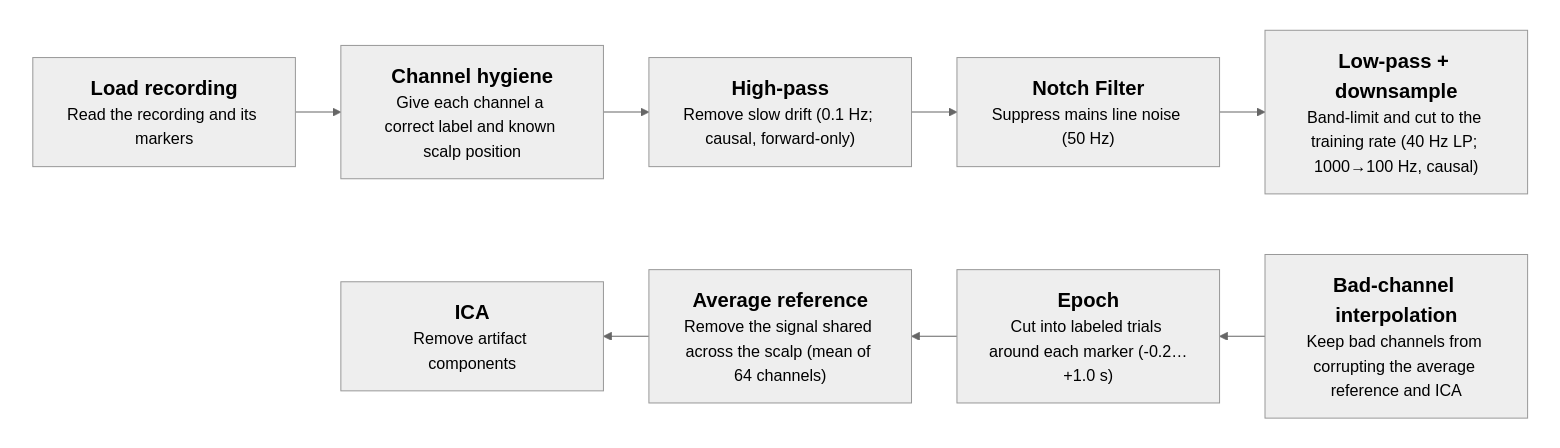
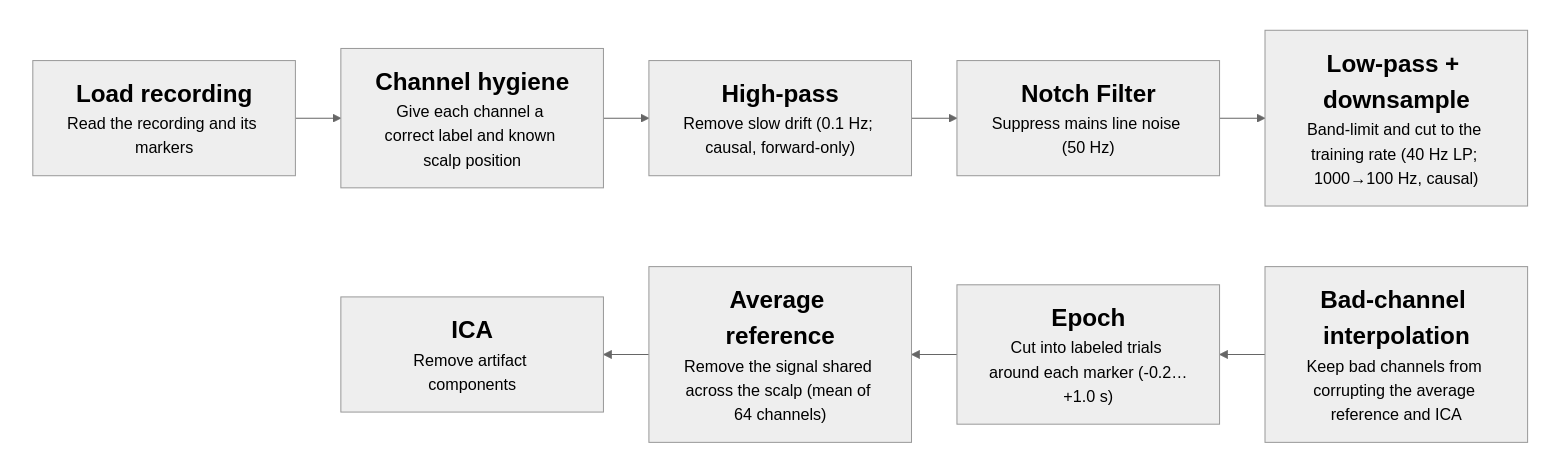
Before and after one commit to roiguri/live-reactivation-decoder: the third of 5 diagrams in docs/diagrams/Project Diagrams Blueprints.md, drawn with Mermaid (neutral theme). The commit also changed other lines of this file and 5 other files, not shown here.

Commit message:
docs(diagrams): update diagram images for clarity and consistency

````diff
--- a/docs/diagrams/Project Diagrams Blueprints.md
+++ b/docs/diagrams/Project Diagrams Blueprints.md
@@ -159,39 +159,39 @@
 ```mermaid
 ---
 config:
   flowchart:
     nodeSpacing: 20
     rankSpacing: 20
 ---
 flowchart TB
     subgraph row1[" "]
         direction LR
-        Load["<span style='font-size:20px'><b>Load recording</b></span><br>Read the recording and its markers"]
-        Hygiene["<span style='font-size:20px'><b>Channel hygiene</b></span><br>Give each channel a correct label and known scalp position"]
-        HP["<span style='font-size:20px'><b>High-pass</b></span><br>Remove slow drift (0.1 Hz; causal, forward-only)"]
-        Notch["<span style='font-size:20px'><b>Notch Filter</b></span><br>Suppress mains line noise (50 Hz)"]
-        LPDown["<span style='font-size:20px'><b>Low-pass + downsample</b></span><br>Band-limit and cut to the training rate (40 Hz LP; 1000→100 Hz, causal)"]
+        Load["<span style='font-size:24px'><b>Load recording</b></span><br><span style='font-size:16px'>Read the recording and its markers</span>"]
+        Hygiene["<span style='font-size:24px'><b>Channel hygiene</b></span><br><span style='font-size:16px'>Give each channel a correct label and known scalp position</span>"]
+        HP["<span style='font-size:24px'><b>High-pass</b></span><br><span style='font-size:16px'>Remove slow drift (0.1 Hz; causal, forward-only)</span>"]
+        Notch["<span style='font-size:24px'><b>Notch Filter</b></span><br><span style='font-size:16px'>Suppress mains line noise (50 Hz)</span>"]
+        LPDown["<span style='font-size:24px'><b>Low-pass + downsample</b></span><br><span style='font-size:16px'>Band-limit and cut to the training rate (40 Hz LP; 1000→100 Hz, causal)</span>"]
         Load --> Hygiene --> HP --> Notch --> LPDown
     end
     subgraph row2["&nbsp;"]
         direction RL
-        Interp["<span style='font-size:20px'><b>Bad-channel interpolation</b></span><br>Keep bad channels from corrupting the average reference and ICA"]
-        Epoch["<span style='font-size:20px'><b>Epoch</b></span><br>Cut into labeled trials around each marker (-0.2…+1.0 s)"]
-        Ref["<span style='font-size:20px'><b>Average reference</b></span><br>Remove the signal shared across the scalp (mean of 64 channels)"]
-        ICA["<span style='font-size:20px'><b>ICA</b></span><br>Remove artifact components"]
-        Pad["<span style='font-size:20px'><b>Load recording</b></span><br>Read the recording and its markers"]
+        Interp["<span style='font-size:24px'><b>Bad-channel interpolation</b></span><br><span style='font-size:16px'>Keep bad channels from corrupting the average reference and ICA</span>"]
+        Epoch["<span style='font-size:24px'><b>Epoch</b></span><br><span style='font-size:16px'>Cut into labeled trials around each marker (-0.2…+1.0 s)</span>"]
+        Ref["<span style='font-size:24px'><b>Average reference</b></span><br><span style='font-size:16px'>Remove the signal shared across the scalp (mean of 64 channels)</span>"]
+        ICA["<span style='font-size:24px'><b>ICA</b></span><br><span style='font-size:16px'>Remove artifact components</span>"]
+        Pad["<span style='font-size:24px'><b>Load recording</b></span><br><span style='font-size:16px'>Read the recording and its markers</span>"]
         Interp --> Epoch --> Ref --> ICA
         ICA ~~~ Pad
     end
     %% Row 2 is padded on the left with an invisible "ghost" box (a copy of Load recording) and
     %% left-aligned to row 1 via `Load ~~~ Pad`, so the two rows are RIGHT-aligned (right edges match)
     %% and Bad-channel interpolation lands directly under Low-pass + downsample.
     %% The row-to-row connector (Low-pass + downsample --> Bad-channel interpolation) is added by hand
     %% after export — Mermaid docks a cross-row edge to the row region, not the node.
     Load ~~~ Pad
 
     classDef ghost fill:transparent,stroke:transparent,color:transparent
     class Pad ghost
     style row1 fill:transparent,stroke:transparent
     style row2 fill:transparent,stroke:transparent
 ```
````
